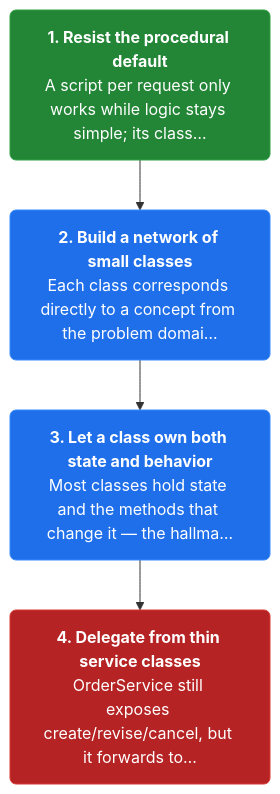
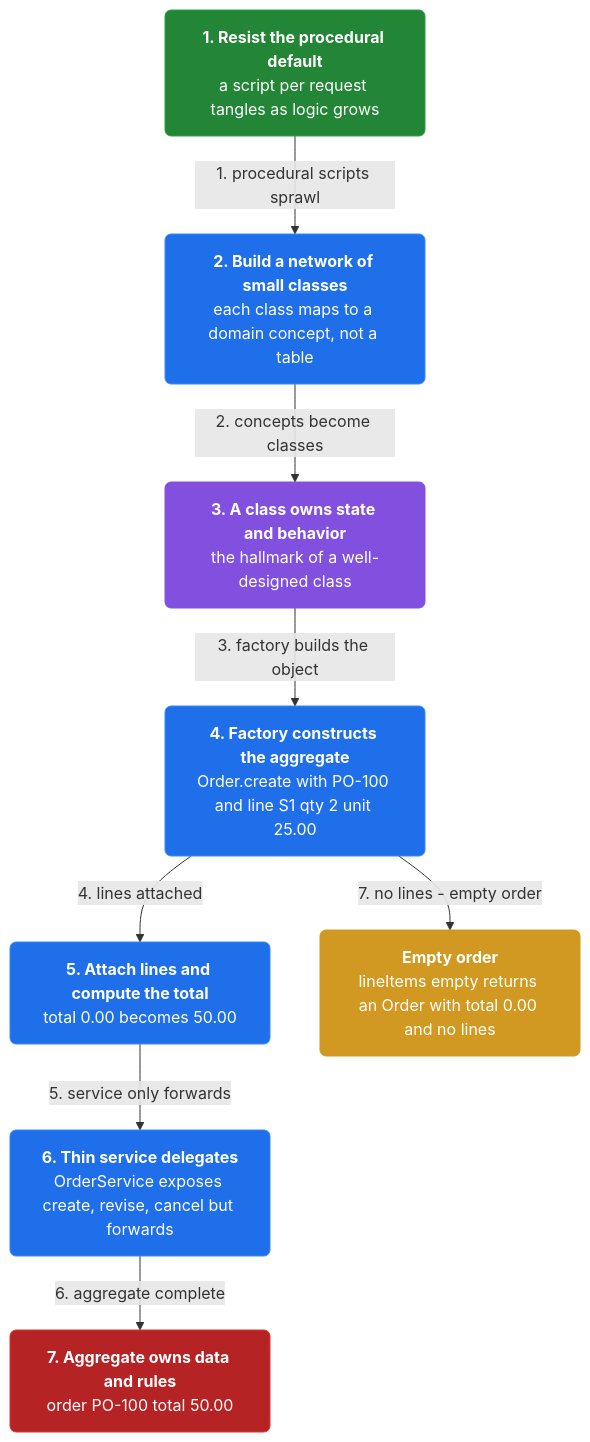
Before and after one commit to vinayakuber/microservices-io-study-guide: the first of 4 diagrams in docs/ch18-domain-model.md, drawn with Mermaid. The commit also changed other lines of this file and 46 other files, not shown here.

First line of the commit message:
Author rich branching flow diagrams for all 44 chapters

````diff
--- a/docs/ch18-domain-model.md
+++ b/docs/ch18-domain-model.md
@@ -13,13 +13,23 @@
 ```mermaid
 flowchart TD
-  classDef step fill:#1f6feb,color:#ffffff,stroke:#388bfd,stroke-width:1px,rx:6
+  classDef step fill:#1f6feb,color:#ffffff,stroke:#388bfd,rx:6
+  classDef core fill:#8250df,color:#ffffff,stroke:#8250df,rx:6
+  classDef warn fill:#d29922,color:#ffffff,stroke:#d29922,rx:6
   classDef start fill:#238636,color:#ffffff,stroke:#2ea043,rx:6
   classDef stop fill:#b62324,color:#ffffff,stroke:#da3633,rx:6
-  s0n0["<b>1. Resist the procedural default</b><br/>A script per request only works while logic stays simple; its class…"]:::start
-  s0n1["<b>2. Build a network of small classes</b><br/>Each class corresponds directly to a concept from the problem domai…"]:::step
-  s0n2["<b>3. Let a class own both state and behavior</b><br/>Most classes hold state and the methods that change it — the hallma…"]:::step
-  s0n3["<b>4. Delegate from thin service classes</b><br/>OrderService still exposes create/revise/cancel, but it forwards to…"]:::stop
-  s0n0 --> s0n1
-  s0n1 --> s0n2
-  s0n2 --> s0n3
+  n0["<b>1. Resist the procedural default</b><br/>a script per request tangles as logic grows"]:::start
+  n1["<b>2. Build a network of small classes</b><br/>each class maps to a domain concept, not a table"]:::step
+  n2["<b>3. A class owns state and behavior</b><br/>the hallmark of a well-designed class"]:::core
+  n3["<b>4. Factory constructs the aggregate</b><br/>Order.create with PO-100 and line S1 qty 2 unit 25.00"]:::step
+  n4["<b>5. Attach lines and compute the total</b><br/>total 0.00 becomes 50.00"]:::step
+  n5["<b>6. Thin service delegates</b><br/>OrderService exposes create, revise, cancel but forwards"]:::step
+  n6["<b>7. Aggregate owns data and rules</b><br/>order PO-100 total 50.00"]:::stop
+  n7["<b>Empty order</b><br/>lineItems empty returns an Order with total 0.00 and no lines"]:::warn
+  n0 -->|"1. procedural scripts sprawl"| n1
+  n1 -->|"2. concepts become classes"| n2
+  n2 -->|"3. factory builds the object"| n3
+  n3 -->|"4. lines attached"| n4
+  n4 -->|"5. service only forwards"| n5
+  n5 -->|"6. aggregate complete"| n6
+  n3 -->|"7. no lines - empty order"| n7
 ```
````
